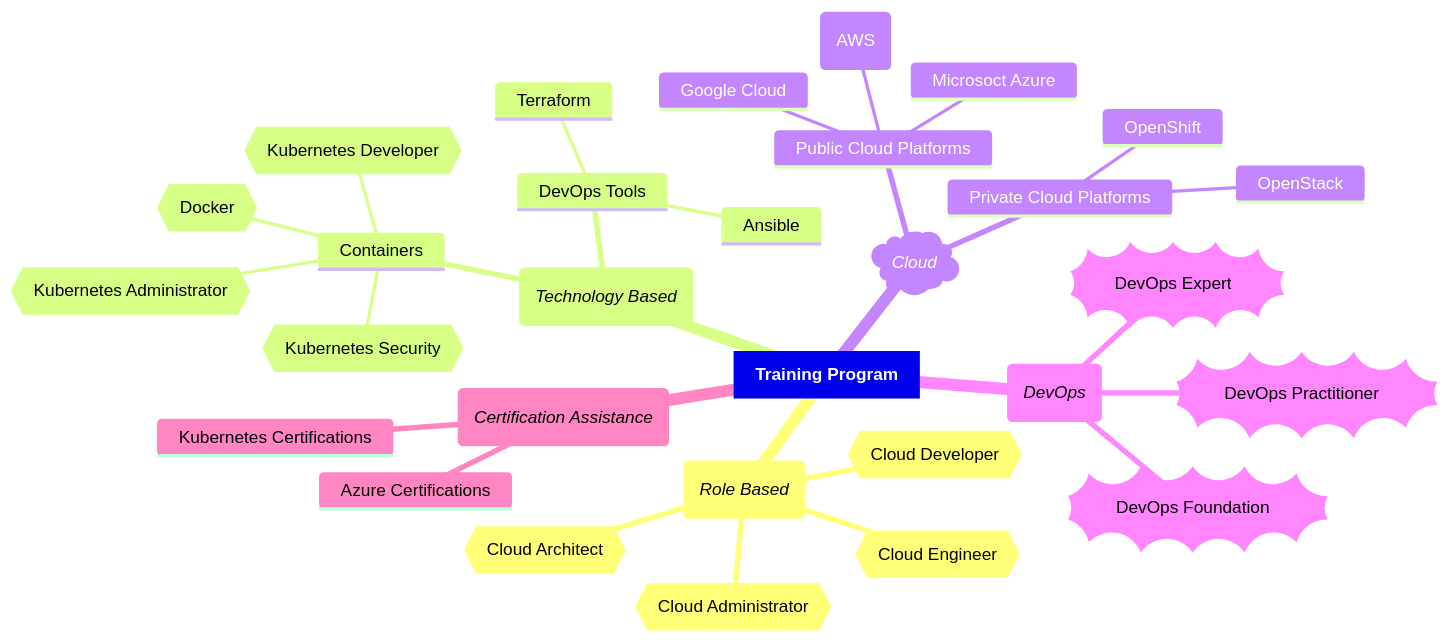
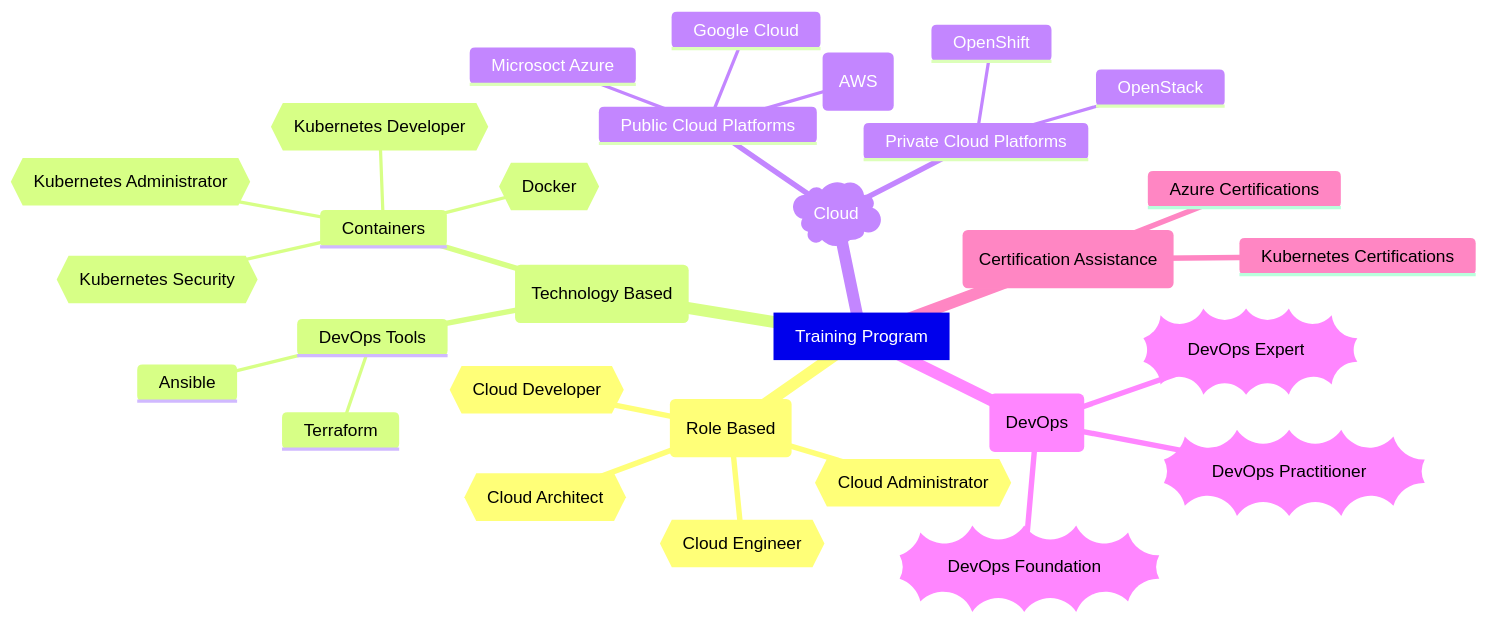
The diagram in README.md (cloudnativehero/training), drawn with Mermaid before and after one commit.

Commit message:
Creating the initial structure

````diff
--- a/README.md
+++ b/README.md
@@ -3,33 +3,33 @@
 ```mermaid
   mindmap
-    root[**Training Program**]
-      (*Role Based*)
+    root[Training Program]
+      (Role Based)
         {{Cloud Developer}}
         {{Cloud Administrator}}
         {{Cloud Engineer}}
         {{Cloud Architect}}
-      (*Technology Based*)
+      (Technology Based)
         Containers
           {{Docker}}
           {{Kubernetes Developer}}
           {{Kubernetes Administrator}}
           {{Kubernetes Security}}
         DevOps Tools
           Terraform
           Ansible
-      )*Cloud*(
+      )Cloud(
         Public Cloud Platforms
           Microsoct Azure
           Amazon Web Services (AWS)
           Google Cloud
         Private Cloud Platforms
           OpenStack
           OpenShift
-      (*DevOps*)
+      (DevOps)
         ))DevOps Foundation((
         ))DevOps Practitioner((
         ))DevOps Expert((
-      (*Certification Assistance*)
+      (Certification Assistance)
         Kubernetes Certifications
         Azure Certifications
 ```
````
